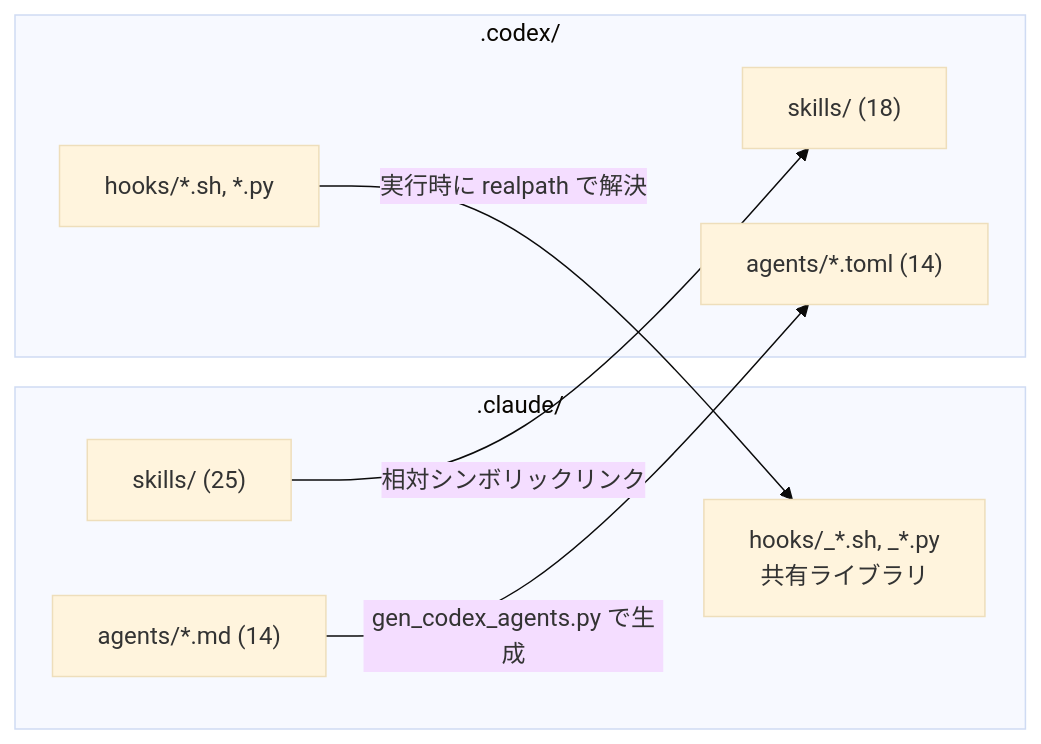
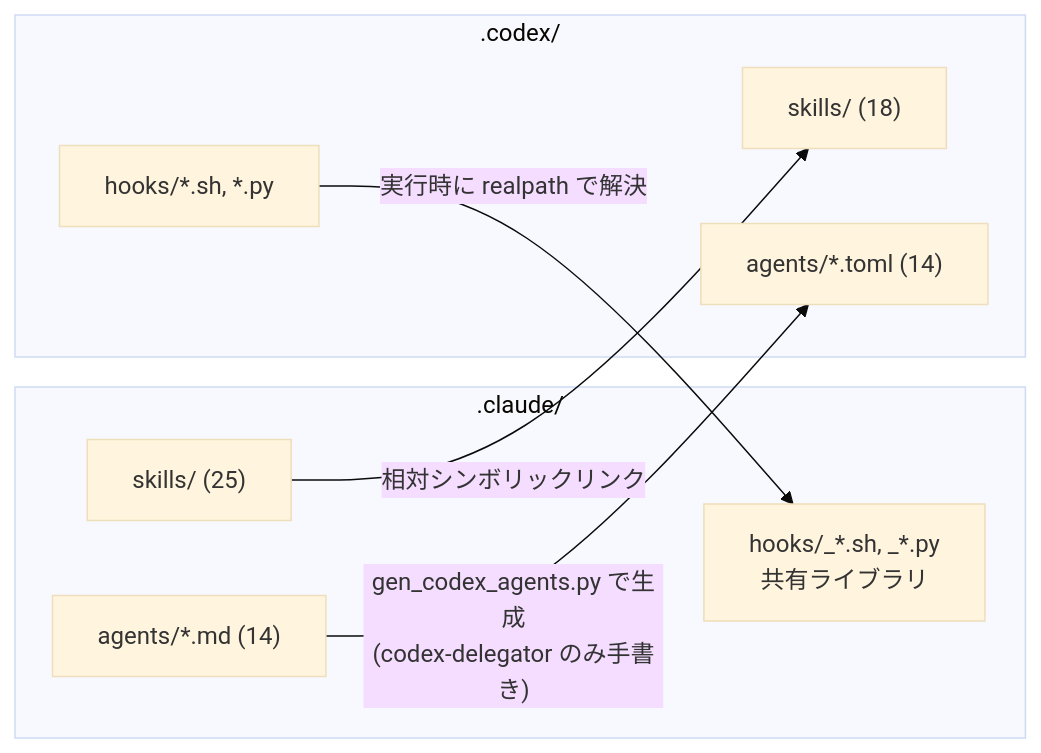
Before and after one commit to sardonyx0827/dotfiles: the fourth of 4 diagrams in docs/claude-architecture.md, drawn with Mermaid (base theme). The commit also changed other lines of this file and 1 other file, not shown here.

First line of the commit message:
docs(architecture): fix hook, agent and command drift

````diff
--- a/docs/claude-architecture.md
+++ b/docs/claude-architecture.md
@@ -293,18 +300,18 @@
 ```mermaid
 flowchart LR
     subgraph CLAUDE[".claude/"]
         CS["skills/ (25)"]
         CA["agents/*.md (14)"]
         CH["hooks/_*.sh, _*.py<br/>共有ライブラリ"]
     end
 
     subgraph CODEX[".codex/"]
         XS["skills/ (18)"]
         XA["agents/*.toml (14)"]
         XH["hooks/*.sh, *.py"]
     end
 
     CS -->|"相対シンボリックリンク"| XS
-    CA -->|"gen_codex_agents.py で生成"| XA
+    CA -->|"gen_codex_agents.py で生成<br/>(codex-delegator のみ手書き)"| XA
     XH -->|"実行時に realpath で解決"| CH
 ```
````
